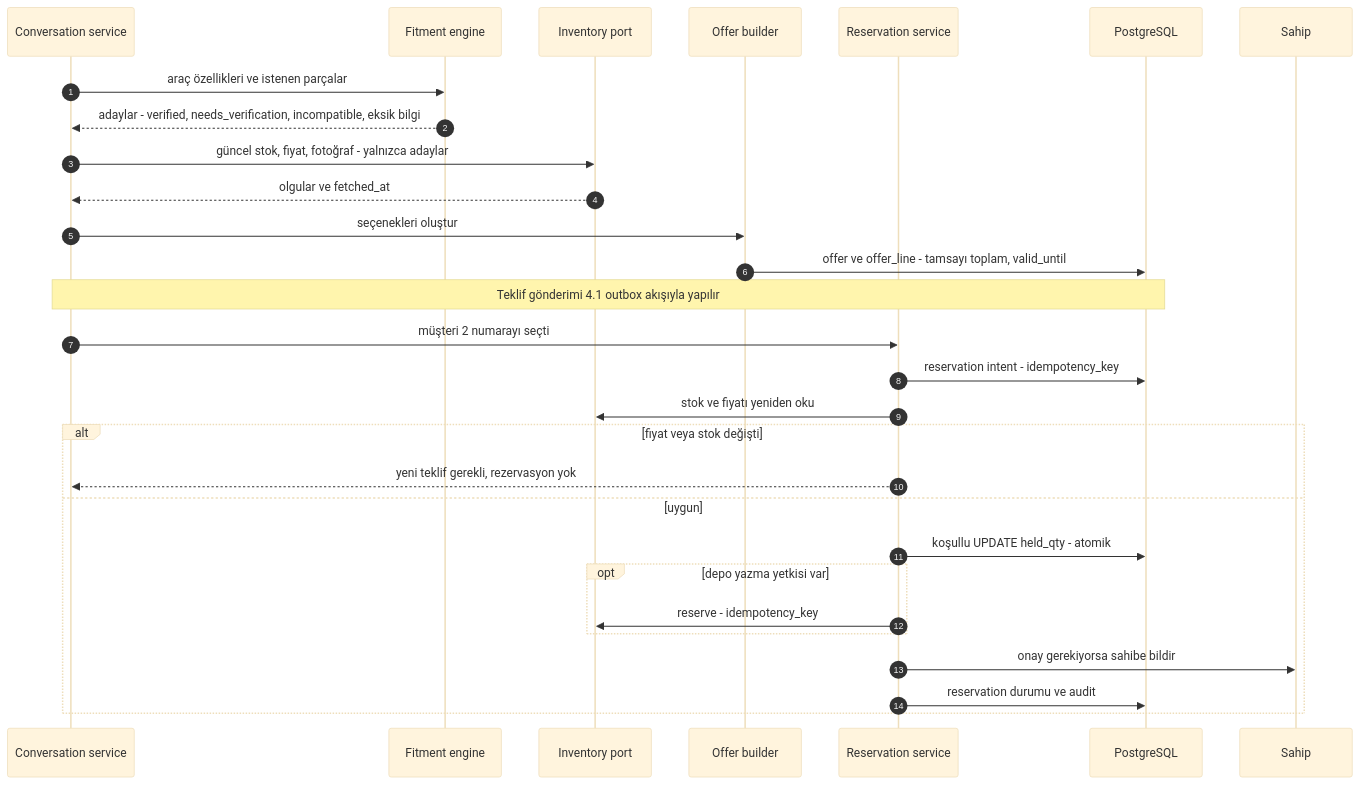
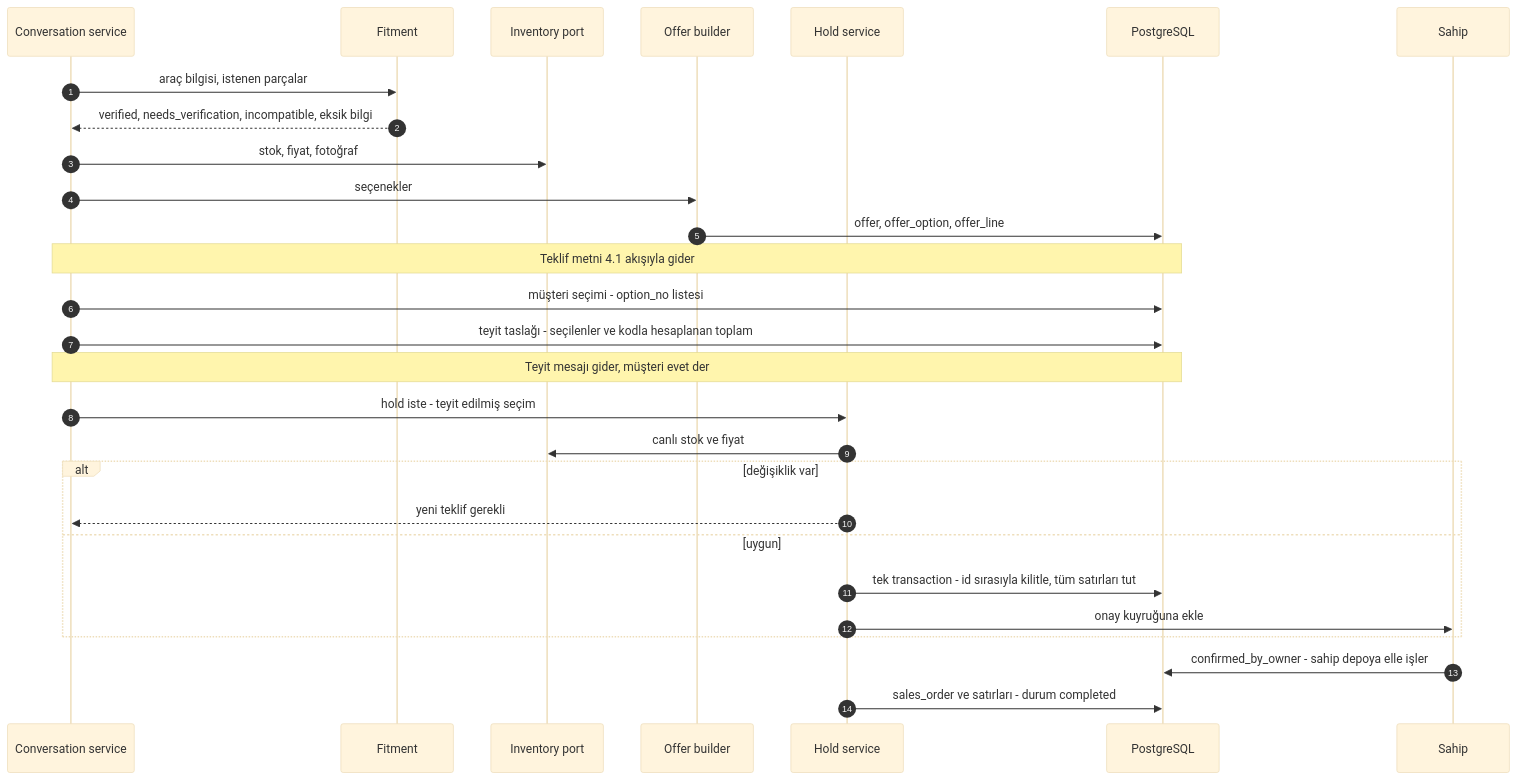
The fourth of 8 diagrams in docs/ARCHITECTURE.md (khalilofnijat-eng/expert-octo-bassoon), drawn with Mermaid (base theme) before and after one commit. The commit also changed other lines of this file, not shown here.

First line of the commit message:
Accept architecture rev.2 (T-004); owner approved commit

````diff
--- a/docs/ARCHITECTURE.md
+++ b/docs/ARCHITECTURE.md
@@ -190,31 +197,30 @@
 ```mermaid
 sequenceDiagram
   autonumber
   participant C as Conversation service
-  participant F as Fitment engine
+  participant F as Fitment
   participant I as Inventory port
   participant OB as Offer builder
-  participant R as Reservation service
+  participant R as Hold service
   participant DB as PostgreSQL
   participant O as Sahip
-  C->>F: araç özellikleri ve istenen parçalar
-  F-->>C: adaylar - verified, needs_verification, incompatible, eksik bilgi
-  C->>I: güncel stok, fiyat, fotoğraf - yalnızca adaylar
-  I-->>C: olgular ve fetched_at
-  C->>OB: seçenekleri oluştur
-  OB->>DB: offer ve offer_line - tamsayı toplam, valid_until
-  Note over C,DB: Teklif gönderimi 4.1 outbox akışıyla yapılır
-  C->>R: müşteri 2 numarayı seçti
-  R->>DB: reservation intent - idempotency_key
-  R->>I: stok ve fiyatı yeniden oku
-  alt fiyat veya stok değişti
-    R-->>C: yeni teklif gerekli, rezervasyon yok
+  C->>F: araç bilgisi, istenen parçalar
+  F-->>C: verified, needs_verification, incompatible, eksik bilgi
+  C->>I: stok, fiyat, fotoğraf
+  C->>OB: seçenekler
+  OB->>DB: offer, offer_option, offer_line
+  Note over C,DB: Teklif metni 4.1 akışıyla gider
+  C->>DB: müşteri seçimi - option_no listesi
+  C->>DB: teyit taslağı - seçilenler ve kodla hesaplanan toplam
+  Note over C,DB: Teyit mesajı gider, müşteri evet der
+  C->>R: hold iste - teyit edilmiş seçim
+  R->>I: canlı stok ve fiyat
+  alt değişiklik var
+    R-->>C: yeni teklif gerekli
   else uygun
-    R->>DB: koşullu UPDATE held_qty - atomik
-    opt depo yazma yetkisi var
-      R->>I: reserve - idempotency_key
-    end
-    R->>O: onay gerekiyorsa sahibe bildir
-    R->>DB: reservation durumu ve audit
+    R->>DB: tek transaction - id sırasıyla kilitle, tüm satırları tut
+    R->>O: onay kuyruğuna ekle
   end
+  O->>DB: confirmed_by_owner - sahip depoya elle işler
+  R->>DB: sales_order ve satırları - durum completed
 ```
````
